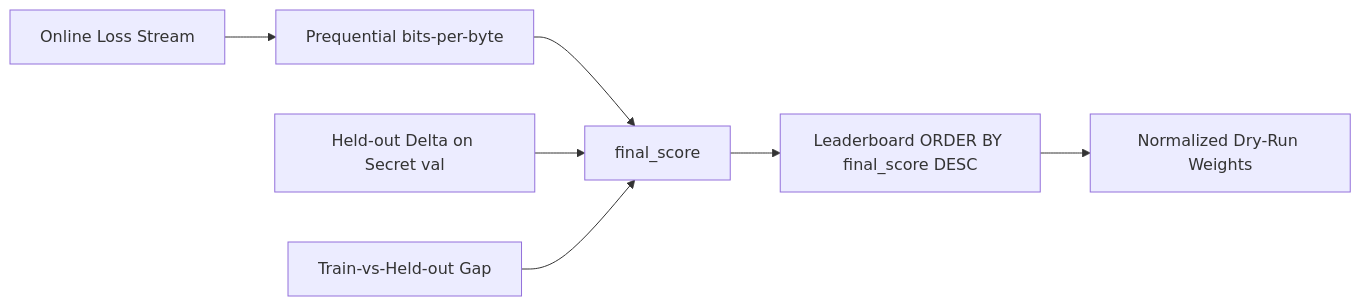
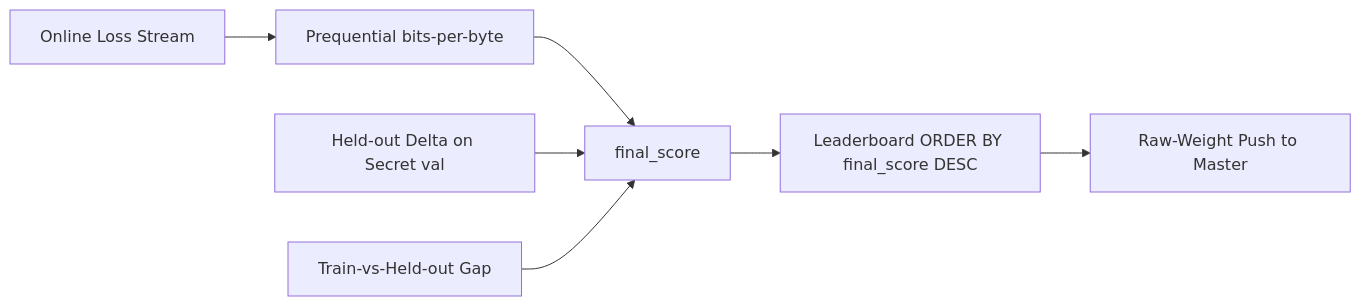
The second of 2 diagrams in docs/architecture.md (BaseIntelligence/prism), drawn with Mermaid before and after one commit. The commit also changed other lines of this file and 7 other files, not shown here.

````diff
--- a/docs/architecture.md
+++ b/docs/architecture.md
@@ -96,9 +139,9 @@
 ```mermaid
 flowchart LR
     Reexec[Online Loss Stream] --> Bpb[Prequential bits-per-byte]
     Bpb --> Final[final_score]
     Heldout[Held-out Delta on Secret val] --> Final
     Gap[Train-vs-Held-out Gap] --> Final
     Final --> Board[Leaderboard ORDER BY final_score DESC]
-    Board --> Weights[Normalized Dry-Run Weights]
+    Board --> Raw[Raw-Weight Push to Master]
 ```
````
